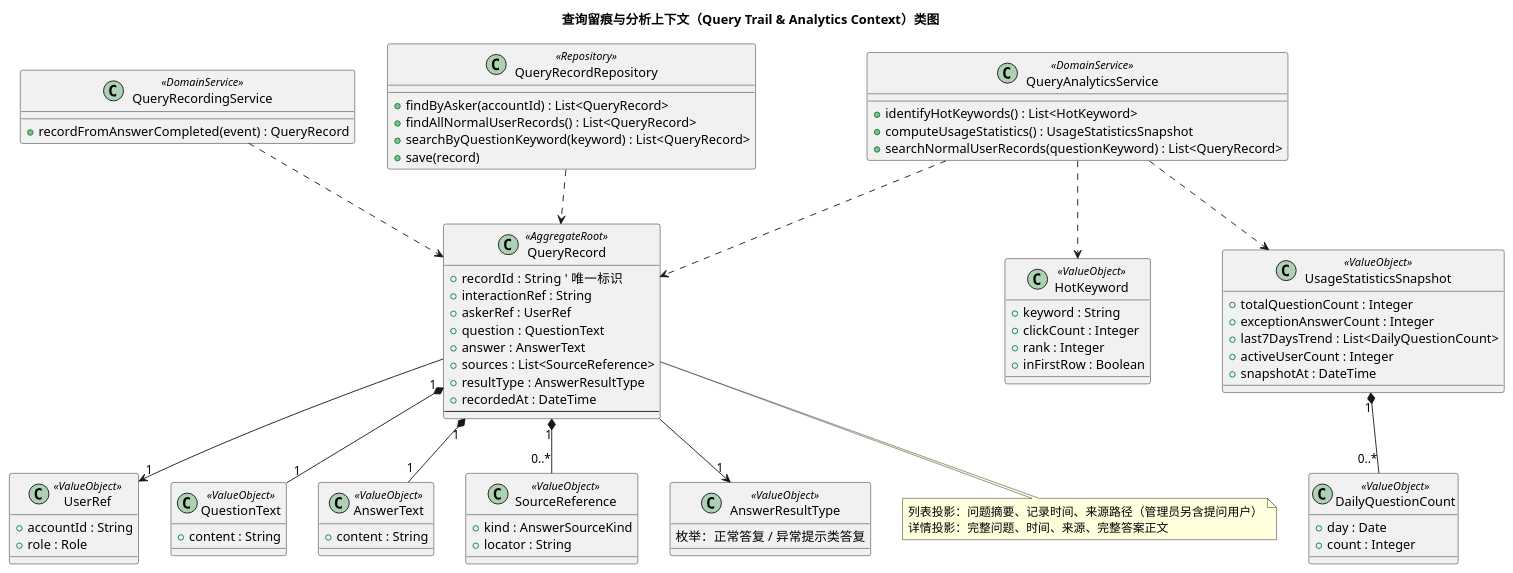
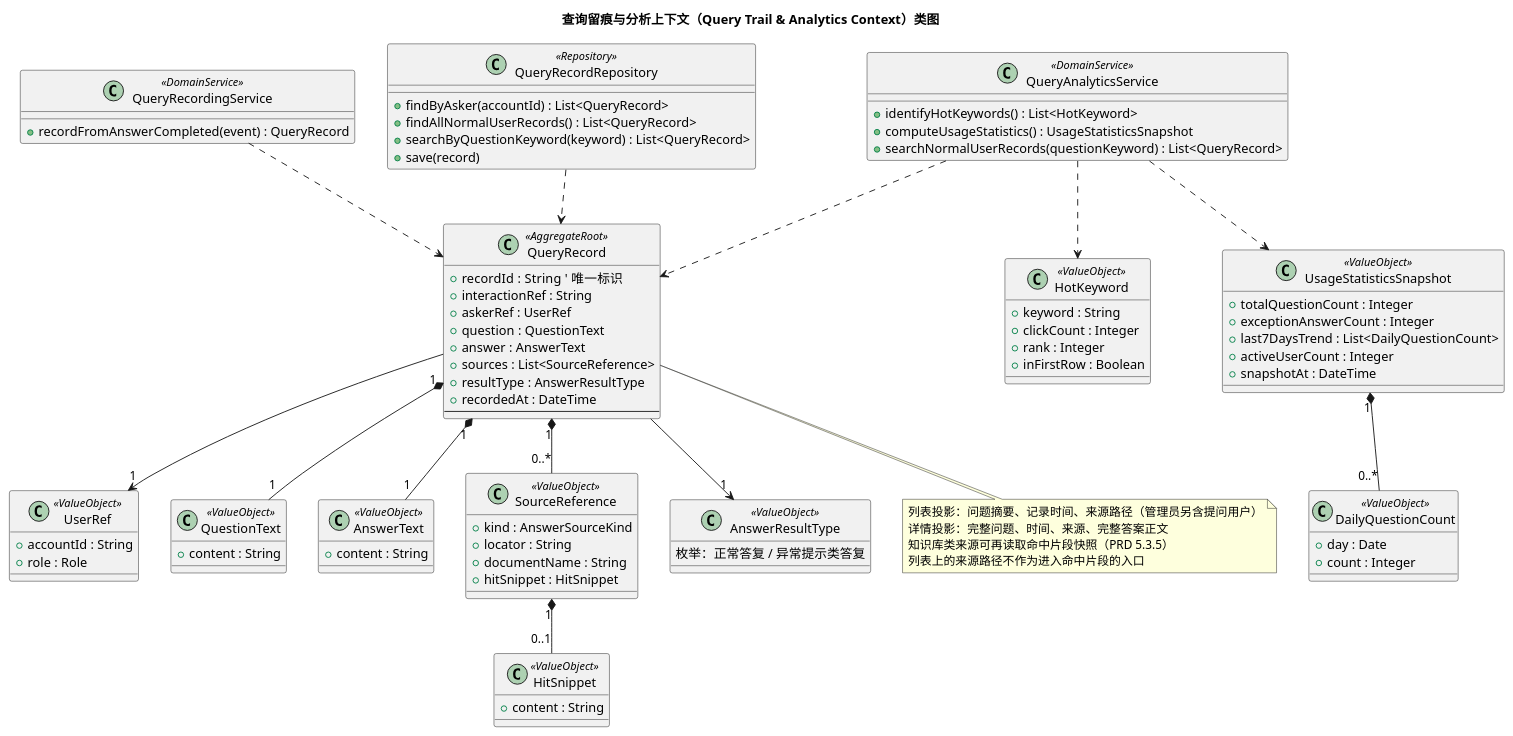
The fourth of 13 diagrams in docs/prd/02-领域模型.md (Wendy123wx/OMS-AI-RAG-Agent), drawn with PlantUML before and after one commit. The commit also changed other lines of this file and 13 other files, not shown here.

```diff
--- a/docs/prd/02-领域模型.md
+++ b/docs/prd/02-领域模型.md
@@ -661,7 +756,15 @@
 class SourceReference <<ValueObject>> {
   +kind : AnswerSourceKind
   +locator : String
+  +documentName : String
+  +hitSnippet : HitSnippet
   ' 不可变；异常记录为空集合
+  ' 知识库文档类含命中片段快照；回看不查 KnowledgeDocument
+}
+
+class HitSnippet <<ValueObject>> {
+  +content : String
+  ' 不可变；随 QueryRecord 一并留存
 }
 
 class AnswerResultType <<ValueObject>> {
@@ -714,6 +817,7 @@
 QueryRecord "1" *-- "1" AnswerText
 QueryRecord "1" *-- "0..*" SourceReference
 QueryRecord --> "1" AnswerResultType
+SourceReference "1" *-- "0..1" HitSnippet
 UsageStatisticsSnapshot "1" *-- "0..*" DailyQuestionCount
 QueryRecordingService ..> QueryRecord
 QueryAnalyticsService ..> QueryRecord
@@ -724,6 +828,8 @@
 note bottom of QueryRecord
   列表投影：问题摘要、记录时间、来源路径（管理员另含提问用户）
   详情投影：完整问题、时间、来源、完整答案正文
+  知识库类来源可再读取命中片段快照（PRD 5.3.5）
+  列表上的来源路径不作为进入命中片段的入口
 end note
 
 @enduml
```
